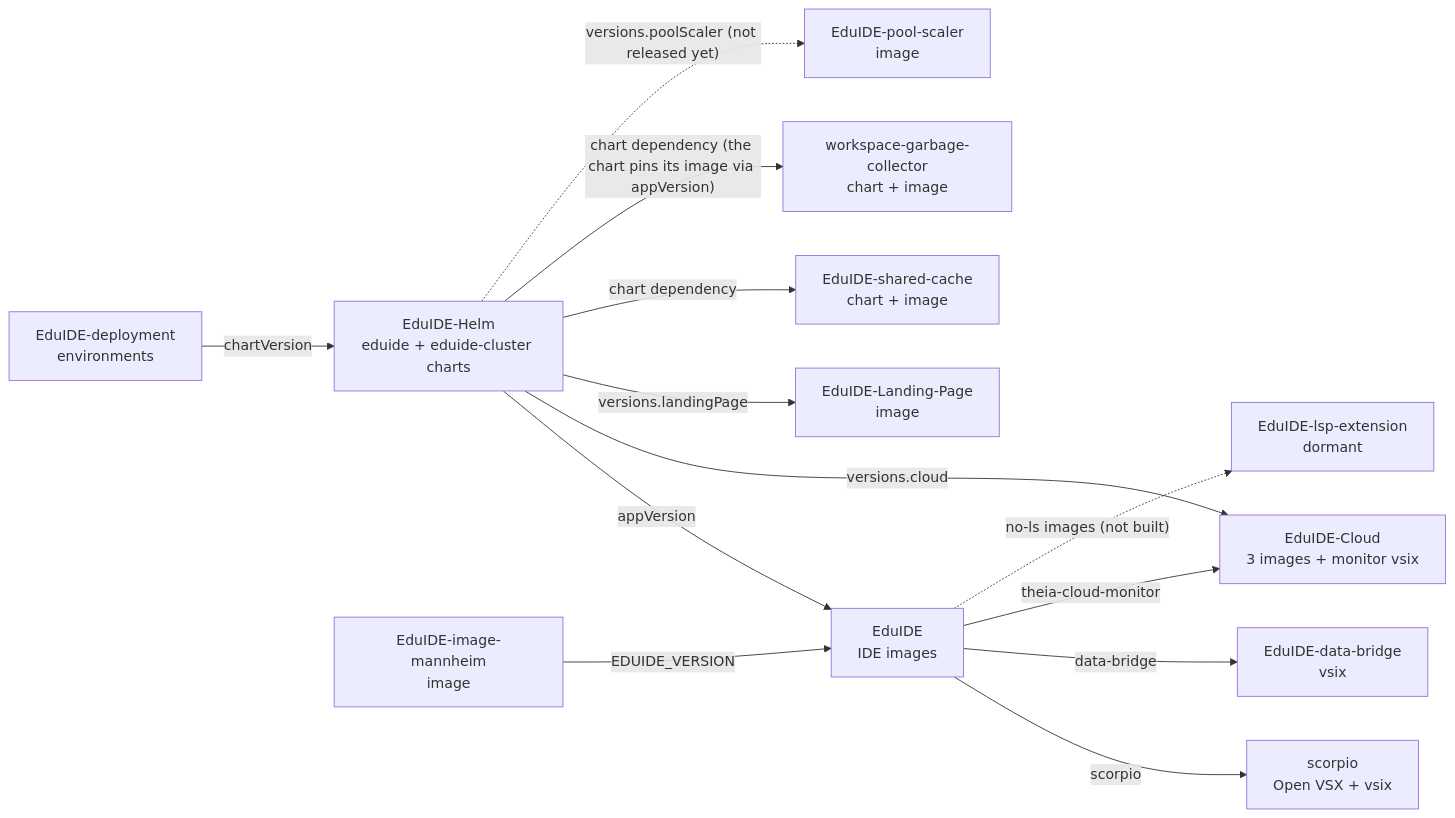
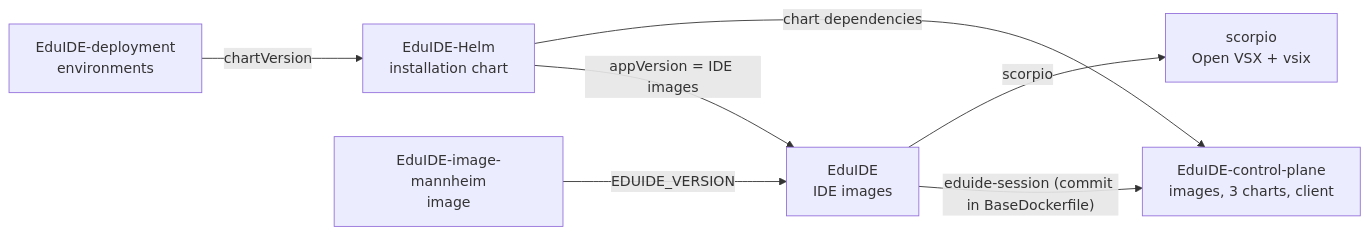
Before and after one commit to EduIDE/Docs: the diagram in docs/developer/guides/releases-and-dependencies.md, drawn with Mermaid. The commit also changed other lines of this file and 22 other files, not shown here.

Commit message:
docs(developer): rewrite for the Go control plane, add UML diagrams

````diff
--- a/docs/developer/guides/releases-and-dependencies.md
+++ b/docs/developer/guides/releases-and-dependencies.md
@@ -14,28 +14,16 @@
 ```mermaid
 flowchart LR
   scorpio["scorpio<br/>Open VSX + vsix"]
-  bridge["EduIDE-data-bridge<br/>vsix"]
-  cloud["EduIDE-Cloud<br/>3 images + monitor vsix"]
-  landing["EduIDE-Landing-Page<br/>image"]
+  cp["EduIDE-control-plane<br/>images, 3 charts, client"]
   ide["EduIDE<br/>IDE images"]
-  gc["workspace-garbage-collector<br/>chart + image"]
-  cache["EduIDE-shared-cache<br/>chart + image"]
-  pool["EduIDE-pool-scaler<br/>image"]
-  lsp["EduIDE-lsp-extension<br/>dormant"]
-  helm["EduIDE-Helm<br/>eduide + eduide-cluster charts"]
+  helm["EduIDE-Helm<br/>installation chart"]
   mannheim["EduIDE-image-mannheim<br/>image"]
   deploy["EduIDE-deployment<br/>environments"]
 
   ide -- "scorpio" --> scorpio
-  ide -- "data-bridge" --> bridge
-  ide -- "theia-cloud-monitor" --> cloud
-  ide -. "no-ls images (not built)" .-> lsp
-  helm -- "appVersion" --> ide
-  helm -- "versions.cloud" --> cloud
-  helm -- "versions.landingPage" --> landing
-  helm -- "chart dependency" --> cache
-  helm -- "chart dependency (the chart pins its image via appVersion)" --> gc
-  helm -. "versions.poolScaler (not released yet)" .-> pool
+  ide -- "eduide-session (commit in BaseDockerfile)" --> cp
+  helm -- "chart dependencies" --> cp
+  helm -- "appVersion = IDE images" --> ide
   mannheim -- "EDUIDE_VERSION" --> ide
   deploy -- "chartVersion" --> helm
 ```
````
